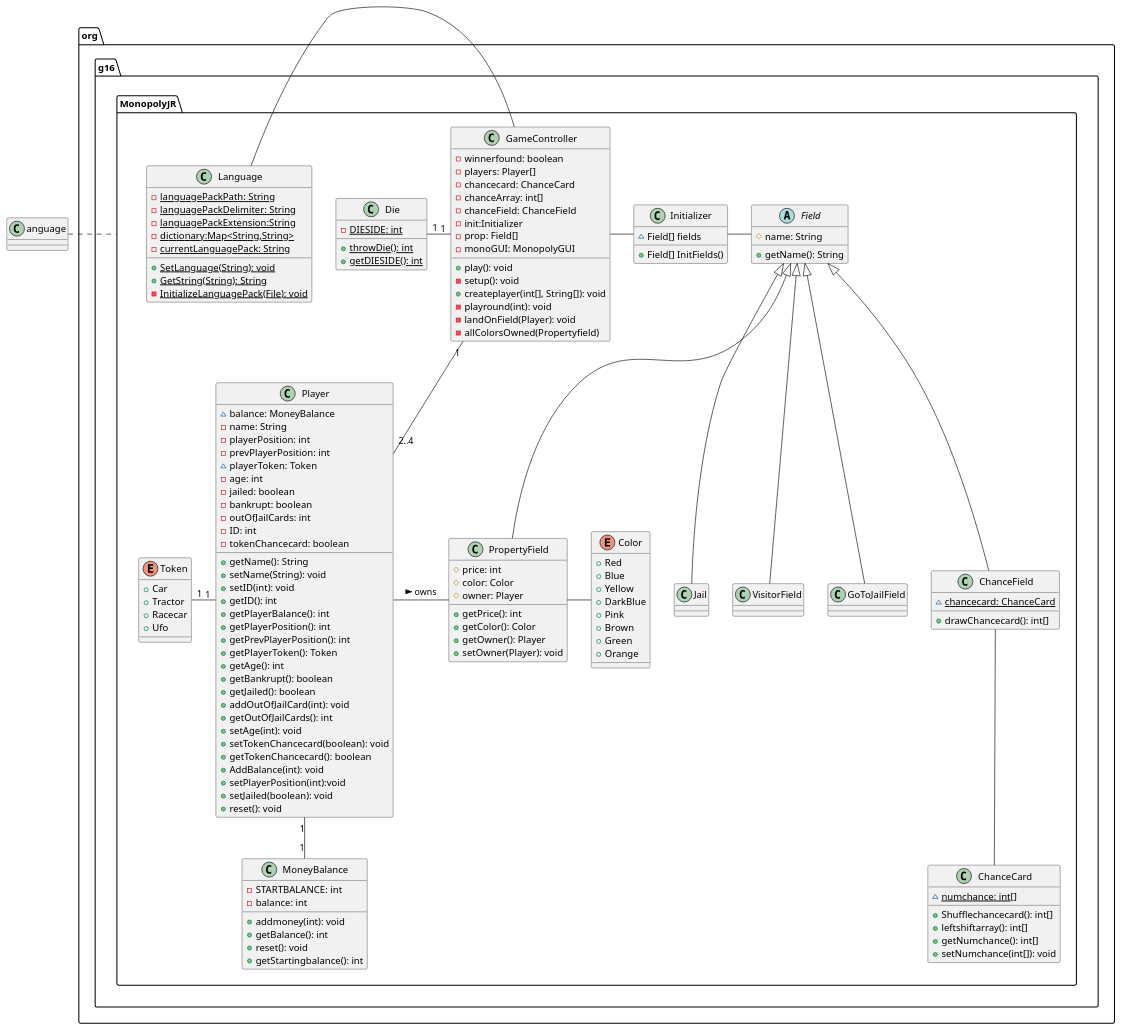
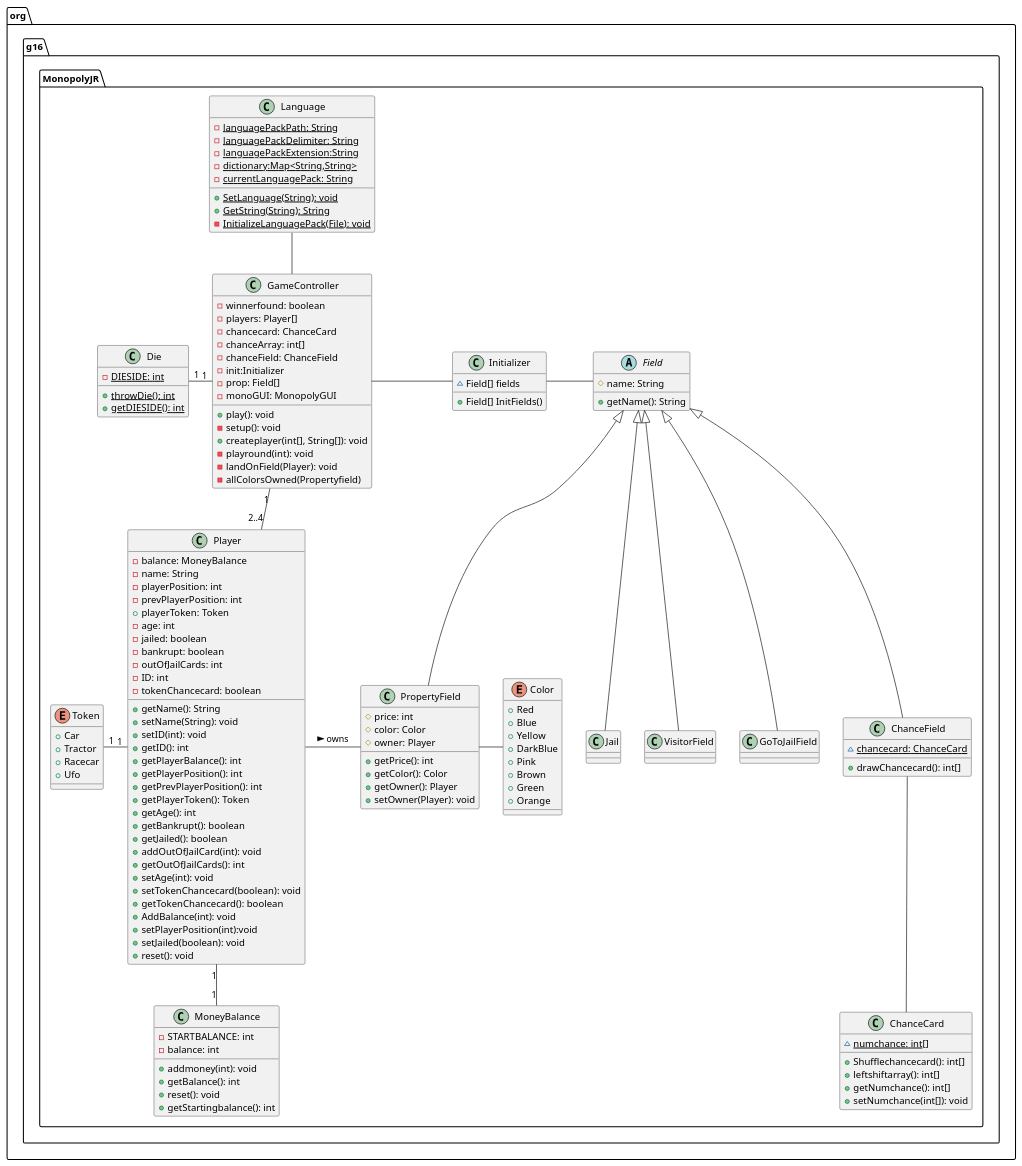
Before and after one commit to Magnusrk/CDIO3: the diagram in src/main/java/org/g16/UMLDiagrams/ClassDiagram.puml, drawn with PlantUML. The commit also changed 3 other files, not shown here.

Commit message:
Updated class diagram

```diff
--- a/src/main/java/org/g16/UMLDiagrams/ClassDiagram.puml
+++ b/src/main/java/org/g16/UMLDiagrams/ClassDiagram.puml
@@ -1,147 +1,146 @@
 @startuml
 class org.g16.MonopolyJR.Jail {
 }
 class org.g16.MonopolyJR.Initializer {
 ~ Field[] fields
 + Field[] InitFields()
 }
 enum org.g16.MonopolyJR.Token {
 +  Car
 +  Tractor
 +  Racecar
 +  Ufo
 }
 class org.g16.MonopolyJR.VisitorField {
 }
 
 class org.g16.MonopolyJR.GoToJailField {
 }
 
 class org.g16.MonopolyJR.Language {
 - {static} languagePackPath: String
 - {static} languagePackDelimiter: String
 - {static} languagePackExtension:String
 - {static} dictionary:Map<String,String>
 - {static} currentLanguagePack: String
 + {static} SetLanguage(String): void
 + {static} GetString(String): String
 - {static} InitializeLanguagePack(File): void
 }
 
 enum org.g16.MonopolyJR.Color {
 +  Red
 +  Blue
 +  Yellow
 +  DarkBlue
 +  Pink
 +  Brown
 +  Green
 +  Orange
 }
 class org.g16.MonopolyJR.Player {
-~ balance: MoneyBalance
+- balance: MoneyBalance
 - name: String
 - playerPosition: int
 - prevPlayerPosition: int
-~ playerToken: Token
++ playerToken: Token
 - age: int
 - jailed: boolean
 - bankrupt: boolean
 - outOfJailCards: int
 - ID: int
 - tokenChancecard: boolean
 + getName(): String
 + setName(String): void
 + setID(int): void
 + getID(): int
 + getPlayerBalance(): int
 + getPlayerPosition(): int
 + getPrevPlayerPosition(): int
 + getPlayerToken(): Token
 + getAge(): int
 + getBankrupt(): boolean
 + getJailed(): boolean
 + addOutOfJailCard(int): void
 + getOutOfJailCards(): int
 + setAge(int): void
 + setTokenChancecard(boolean): void
 + getTokenChancecard(): boolean
 + AddBalance(int): void
 + setPlayerPosition(int):void
 + setJailed(boolean): void
 + reset(): void
 }
 class org.g16.MonopolyJR.ChanceField {
 ~ {static} chancecard: ChanceCard
 + drawChancecard(): int[]
 }
 class org.g16.MonopolyJR.Die {
 - {static} DIESIDE: int
 + {static} throwDie(): int
 + {static} getDIESIDE(): int
 }
 class org.g16.MonopolyJR.ChanceCard {
 ~ {static} numchance: int[]
 + Shufflechancecard(): int[]
 + leftshiftarray(): int[]
 + getNumchance(): int[]
 + setNumchance(int[]): void
 }
 class org.g16.MonopolyJR.MoneyBalance {
 - STARTBALANCE: int
 - balance: int
 + addmoney(int): void
 + getBalance(): int
 + reset(): void
 + getStartingbalance(): int
 }
 class org.g16.MonopolyJR.PropertyField {
 # price: int
 # color: Color
 # owner: Player
 + getPrice(): int
 + getColor(): Color
 + getOwner(): Player
 + setOwner(Player): void
 }
 abstract class org.g16.MonopolyJR.Field {
 # name: String
 + getName(): String
 }
 
 class org.g16.MonopolyJR.GameController{
 - winnerfound: boolean
 - players: Player[]
 - chancecard: ChanceCard
 - chanceArray: int[]
 -chanceField: ChanceField
 -init:Initializer
 -prop: Field[]
 -monoGUI: MonopolyGUI
 + play(): void
 -setup(): void
 + createplayer(int[], String[]): void
 - playround(int): void
 - landOnField(Player): void
 - allColorsOwned(Propertyfield)
 }
 
 
 org.g16.MonopolyJR.Field <|-- org.g16.MonopolyJR.Jail
 org.g16.MonopolyJR.Field <|-- org.g16.MonopolyJR.VisitorField
 org.g16.MonopolyJR.Field <|-- org.g16.MonopolyJR.GoToJailField
 org.g16.MonopolyJR.Field <|-- org.g16.MonopolyJR.ChanceField
 org.g16.MonopolyJR.Field <|-- org.g16.MonopolyJR.PropertyField
 
 org.g16.MonopolyJR.Initializer - org.g16.MonopolyJR.Field
 org.g16.MonopolyJR.GameController - org.g16.MonopolyJR.Initializer
 org.g16.MonopolyJR.Die "1" - "1" org.g16.MonopolyJR.GameController
 org.g16.MonopolyJR.GameController "1" -- "2..4" org.g16.MonopolyJR.Player
 org.g16.MonopolyJR.Player "1" -- "1" org.g16.MonopolyJR.MoneyBalance
 org.g16.MonopolyJR.ChanceField -- org.g16.MonopolyJR.ChanceCard
 org.g16.MonopolyJR.PropertyField - org.g16.MonopolyJR.Color
 org.g16.MonopolyJR.Token "1" - "1" org.g16.MonopolyJR.Player
-org.g16.MonopolyJR.Language
 org.g16.MonopolyJR.Player - org.g16.MonopolyJR.PropertyField :owns >
-org.g16.MonopolyJR.Language - org.g16.MonopolyJR.GameController
+org.g16.MonopolyJR.Language -- org.g16.MonopolyJR.GameController
 @enduml
```
